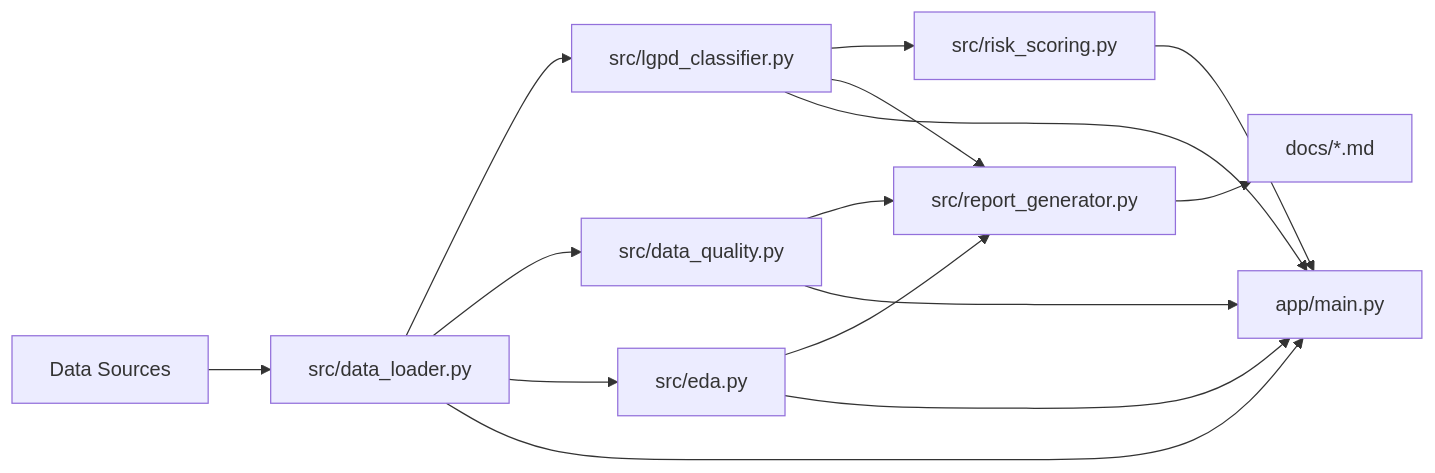
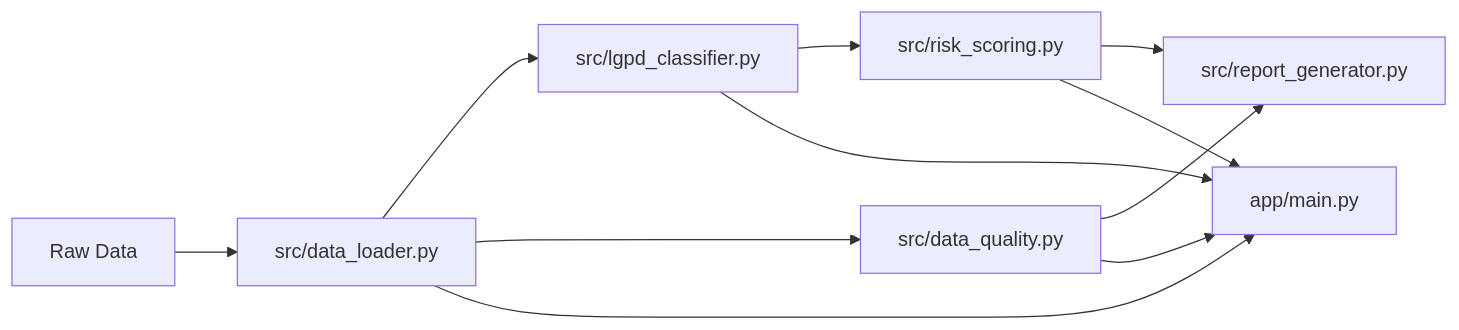
The diagram in README.md (samuelmaia-analytics/Governed-Analytics-Platform), drawn with Mermaid before and after one commit. The commit also changed other lines of this file and 4 other files, not shown here.

````diff
--- a/README.md
+++ b/README.md
@@ -105,17 +66,13 @@
 ```mermaid
 flowchart LR
-    A[Data Sources] --> B[src/data_loader.py]
+    A[Raw Data] --> B[src/data_loader.py]
     B --> C[src/lgpd_classifier.py]
     B --> D[src/data_quality.py]
-    B --> E[src/eda.py]
-    C --> F[src/risk_scoring.py]
-    C --> G[src/report_generator.py]
+    C --> E[src/risk_scoring.py]
+    D --> F[src/report_generator.py]
+    E --> F
+    B --> G[app/main.py]
+    C --> G
     D --> G
     E --> G
-    B --> H[app/main.py]
-    C --> H
-    D --> H
-    E --> H
-    F --> H
-    G --> I[docs/*.md]
 ```
````
